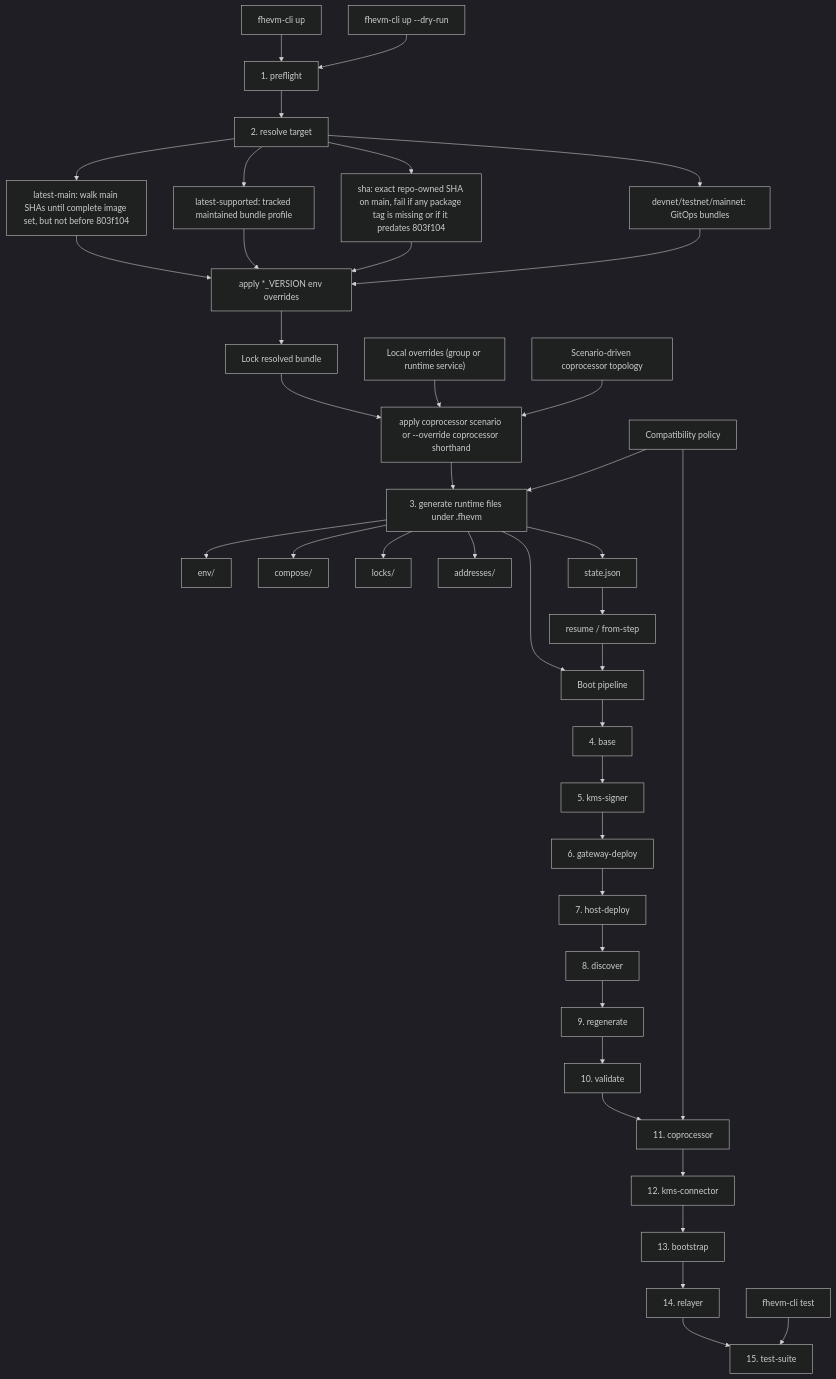
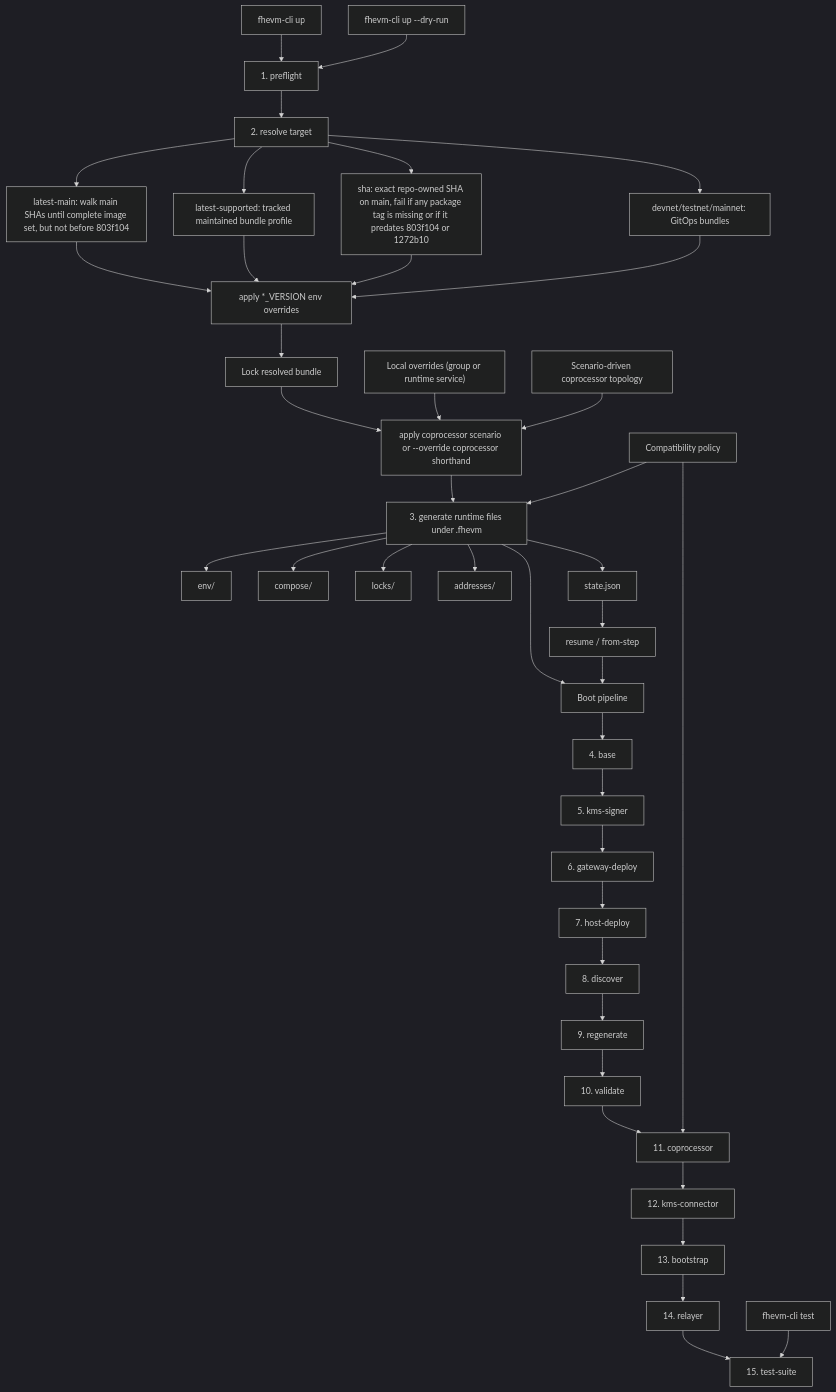
Before and after one commit to zama-ai/fhevm: the diagram in test-suite/fhevm/ARCHITECTURE.md, drawn with Mermaid (dark theme). The commit also changed other lines of this file and 4 other files, not shown here.

````diff
--- a/test-suite/fhevm/ARCHITECTURE.md
+++ b/test-suite/fhevm/ARCHITECTURE.md
@@ -5,48 +5,48 @@
 ```mermaid
 flowchart TD
   A["fhevm-cli up"] --> P["1. preflight"]
   P --> B["2. resolve target"]
   B --> B1["latest-main: walk main SHAs until complete image set, but not before 803f104"]
   B --> B2["latest-supported: tracked maintained bundle profile"]
-  B --> B3["sha: exact repo-owned SHA on main, fail if any package tag is missing or if it predates 803f104"]
+  B --> B3["sha: exact repo-owned SHA on main, fail if any package tag is missing or if it predates 803f104 or 1272b10"]
   B --> B4["devnet/testnet/mainnet: GitOps bundles"]
   B1 --> C["apply *_VERSION env overrides"]
   B2 --> C
   B3 --> C
   B4 --> C
 
   C --> C1["Lock resolved bundle"]
   C1 --> C2["apply coprocessor scenario or --override coprocessor shorthand"]
 
   C2 --> E["3. generate runtime files under .fhevm"]
   E --> E1["env/"]
   E --> E2["compose/"]
   E --> E3["locks/"]
   E --> E4["addresses/"]
   E --> E5["state.json"]
 
   E --> F["Boot pipeline"]
   F --> F1["4. base"]
   F1 --> F2["5. kms-signer"]
   F2 --> F3["6. gateway-deploy"]
   F3 --> F4["7. host-deploy"]
   F4 --> F5["8. discover"]
   F5 --> F6["9. regenerate"]
   F6 --> F7["10. validate"]
   F7 --> F8["11. coprocessor"]
   F8 --> F9["12. kms-connector"]
   F9 --> F10["13. bootstrap"]
   F10 --> F11["14. relayer"]
   F11 --> F12["15. test-suite"]
 
   G["Local overrides (group or runtime service)"] --> C2
   H["Scenario-driven coprocessor topology"] --> C2
   I["Compatibility policy"] --> E
   I --> F8
 
   E5 --> J["resume / from-step"]
   J --> F
 
   K["fhevm-cli test"] --> F12
   L["fhevm-cli up --dry-run"] --> P
 ```
````
